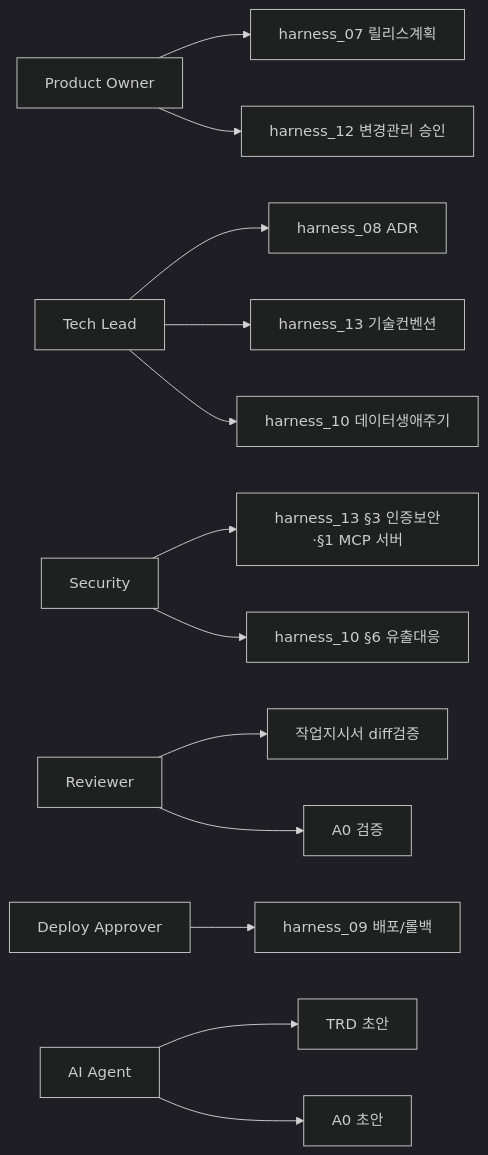
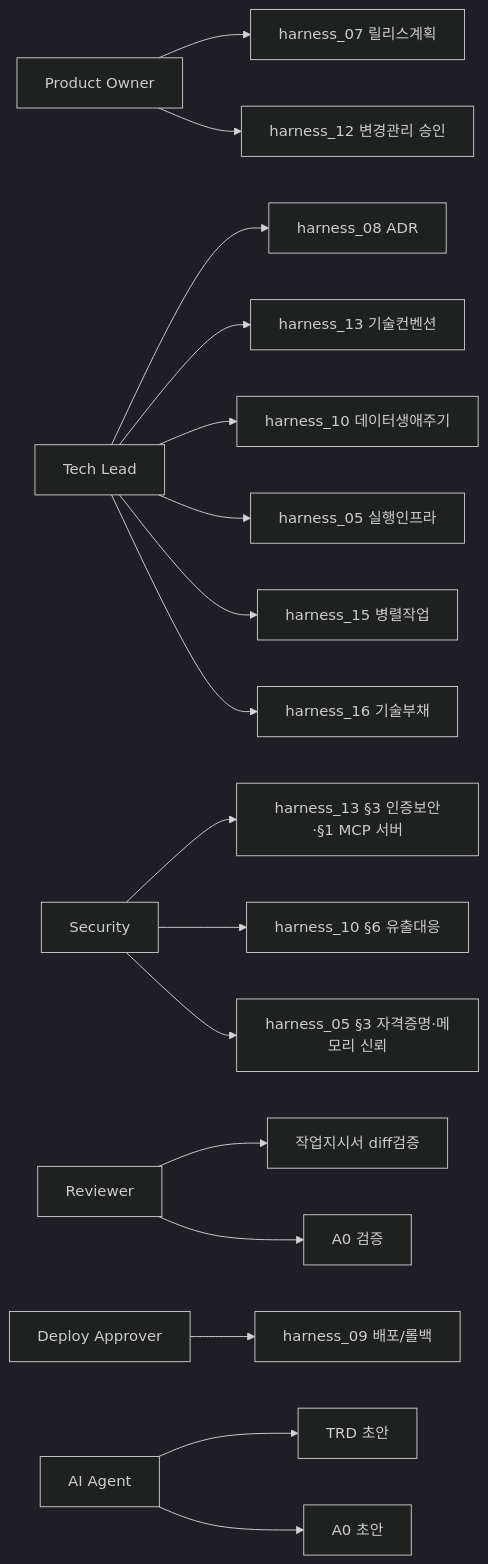
The first of 2 diagrams in harness/harness_11_raci.md (jcs19752510-ui/HARNESS_BASIC), drawn with Mermaid (dark theme) before and after one commit. The commit also changed 4 other files, not shown here.

````diff
--- a/harness/harness_11_raci.md
+++ b/harness/harness_11_raci.md
@@ -51,15 +51,19 @@
 ```mermaid
 graph LR
     PO[Product Owner] --> D07[harness_07 릴리스계획]
     PO --> D12[harness_12 변경관리 승인]
     TL[Tech Lead] --> D08[harness_08 ADR]
     TL --> D13[harness_13 기술컨벤션]
     TL --> D10[harness_10 데이터생애주기]
+    TL --> D05[harness_05 실행인프라]
+    TL --> D15[harness_15 병렬작업]
+    TL --> D16[harness_16 기술부채]
     SEC[Security] --> D13b[harness_13 §3 인증보안·§1 MCP 서버]
     SEC --> D10b[harness_10 §6 유출대응]
+    SEC --> D05b[harness_05 §3 자격증명·메모리 신뢰]
     RV[Reviewer] --> D02[작업지시서 diff검증]
     RV --> D03[A0 검증]
     DA[Deploy Approver] --> D09[harness_09 배포/롤백]
     AI[AI Agent] --> D01[TRD 초안]
     AI --> D03b[A0 초안]
 ```
````
